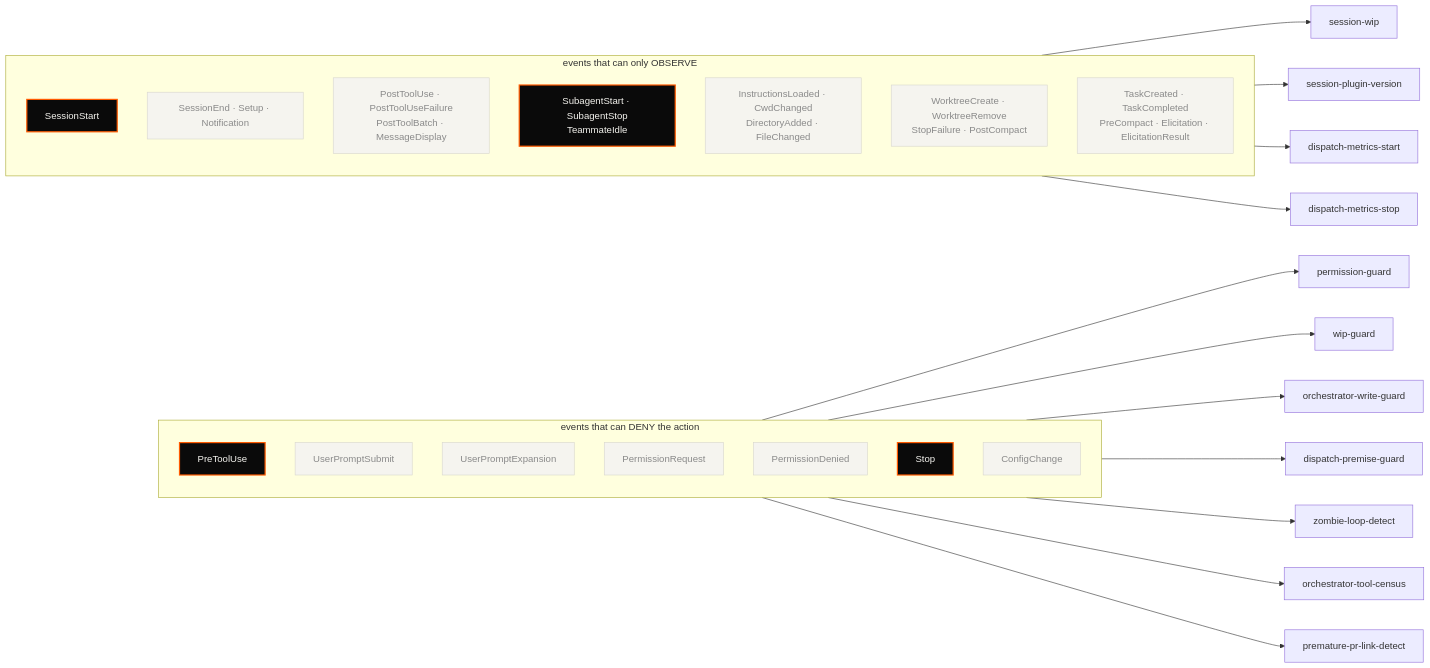
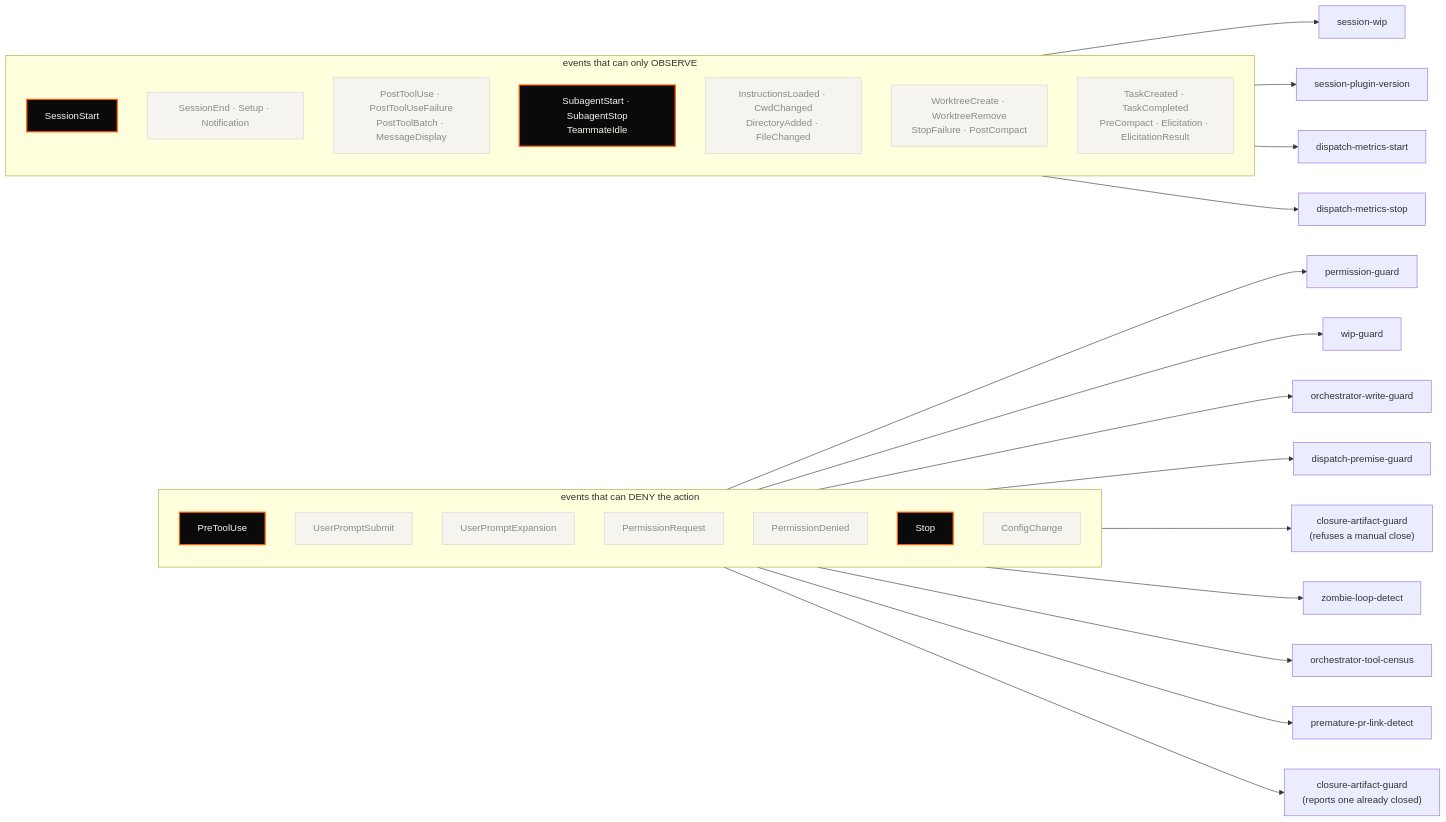
One commit to tedeuxx/tadeumendonca-skills changed the fourth of 5 diagrams in README.md. Above: the diagram before and after it, drawn with Mermaid. The commit also changed other lines of this file and 11 other files, not shown here.

````diff
--- a/README.md
+++ b/README.md
@@ -953,53 +953,57 @@
 ```mermaid
 flowchart LR
   classDef used fill:#0A0A0A,color:#F5F4EF,stroke:#FF5A00,stroke-width:2px
   classDef idle fill:#F5F4EF,color:#8A8A8A,stroke:#D8D6CE
 
   subgraph BLOCK["events that can DENY the action"]
     direction TB
     E1["PreToolUse"]
     E2["UserPromptSubmit"]:::idle
     E3["UserPromptExpansion"]:::idle
     E4["PermissionRequest"]:::idle
     E5["PermissionDenied"]:::idle
     E6["Stop"]
     E7["ConfigChange"]:::idle
   end
 
   subgraph OBS["events that can only OBSERVE"]
     direction TB
     O1["SessionStart"]
     O2["SessionEnd · Setup · Notification"]:::idle
     O3["PostToolUse · PostToolUseFailure<br/>PostToolBatch · MessageDisplay"]:::idle
     O4["SubagentStart · SubagentStop<br/>TeammateIdle"]:::idle
     O5["InstructionsLoaded · CwdChanged<br/>DirectoryAdded · FileChanged"]:::idle
     O6["WorktreeCreate · WorktreeRemove<br/>StopFailure · PostCompact"]:::idle
     O7["TaskCreated · TaskCompleted<br/>PreCompact · Elicitation · ElicitationResult"]:::idle
   end
 
   H1["permission-guard"]
   H2["wip-guard"]
   H3["session-wip"]
   H4["session-plugin-version"]
   H5["dispatch-metrics-start"]
   H6["dispatch-metrics-stop"]
   H7["zombie-loop-detect"]
   H8["orchestrator-write-guard"]
   H9["orchestrator-tool-census"]
   H10["premature-pr-link-detect"]
   H11["dispatch-premise-guard"]
+  H12["closure-artifact-guard<br/>(refuses a manual close)"]
+  H13["closure-artifact-guard<br/>(reports one already closed)"]
 
   E1 --> H1
   E1 --> H2
   E1 --> H8
   E1 --> H11
+  E1 --> H12
   O1 --> H3
   O1 --> H4
   O4 --> H5
   O4 --> H6
   E6 --> H7
   E6 --> H9
   E6 --> H10
+  E6 --> H13
 
   class E1,O1,O4,E6 used
 ```
````
